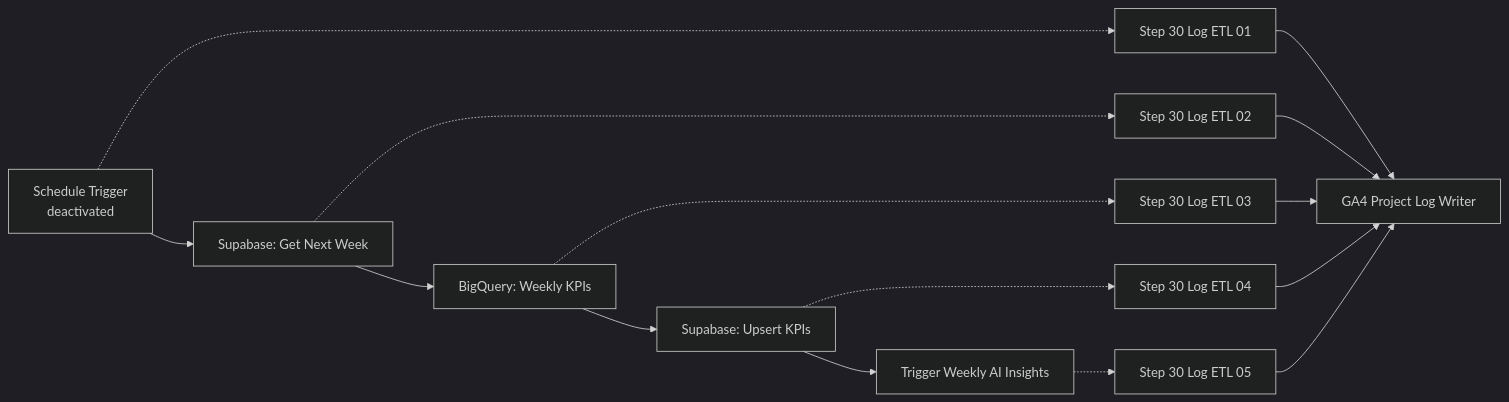
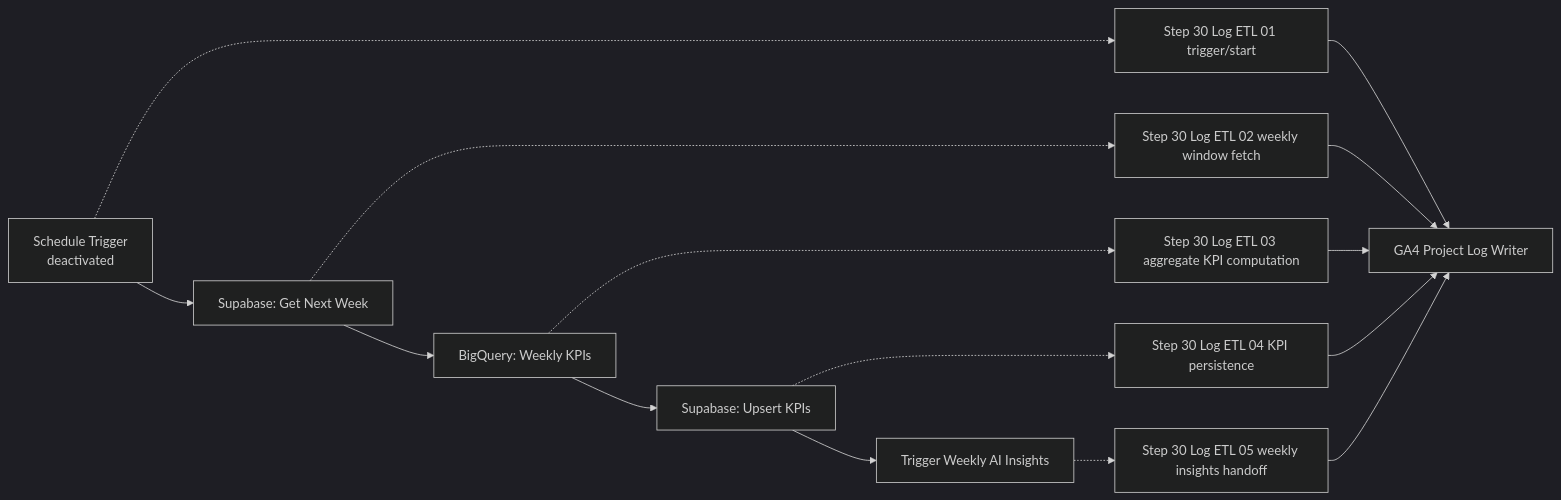
One commit to cizmeli/ga4-ai-analytics-automation changed the diagram in workflows/docs/ga4-weekly-etl.md. Above: the diagram before and after it, drawn with Mermaid (dark theme).

Commit message:
docs: align weekly etl diagram labels

```diff
--- a/workflows/docs/ga4-weekly-etl.md
+++ b/workflows/docs/ga4-weekly-etl.md
@@ -29,17 +29,17 @@
 ~~~mermaid
 flowchart LR
   S[Schedule Trigger<br/>deactivated] --> N[Supabase: Get Next Week]
   N --> B[BigQuery: Weekly KPIs]
   B --> U[Supabase: Upsert KPIs]
   U --> I[Trigger Weekly AI Insights]
-  S -.-> L1[Step 30 Log ETL 01]
-  N -.-> L2[Step 30 Log ETL 02]
-  B -.-> L3[Step 30 Log ETL 03]
-  U -.-> L4[Step 30 Log ETL 04]
-  I -.-> L5[Step 30 Log ETL 05]
+  S -.-> L1[Step 30 Log ETL 01 trigger/start]
+  N -.-> L2[Step 30 Log ETL 02 weekly window fetch]
+  B -.-> L3[Step 30 Log ETL 03 aggregate KPI computation]
+  U -.-> L4[Step 30 Log ETL 04 KPI persistence]
+  I -.-> L5[Step 30 Log ETL 05 weekly insights handoff]
   L1 --> LOG[GA4 Project Log Writer]
   L2 --> LOG
   L3 --> LOG
   L4 --> LOG
   L5 --> LOG
 ~~~
```
